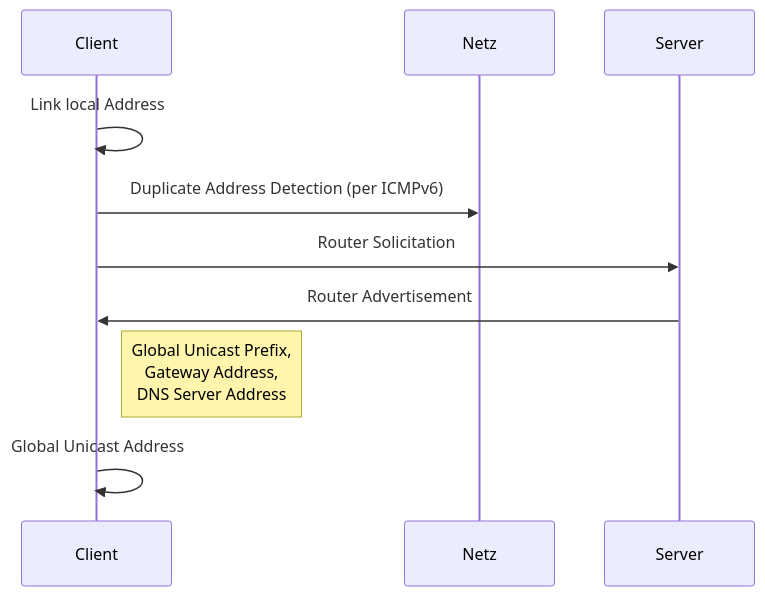
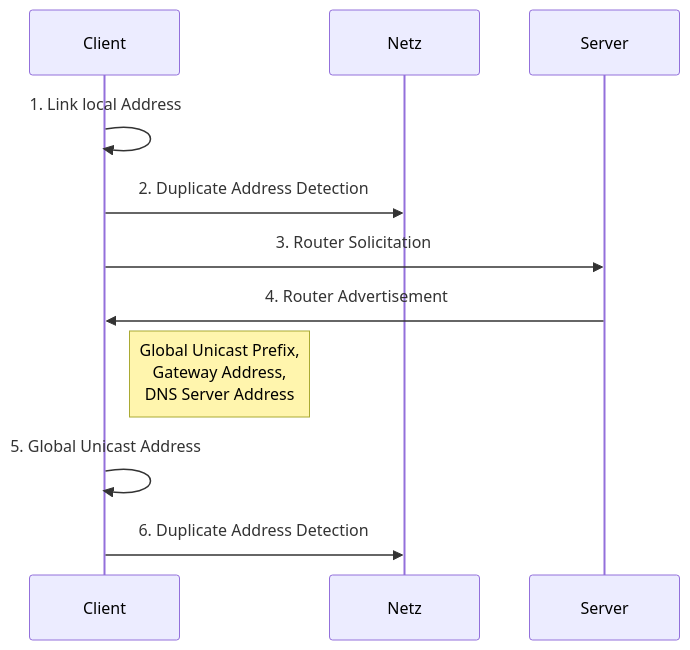
Before and after one commit to johannesloetzsch/LF10b: the second of 2 diagrams in src/dienste/dhcp.md, drawn with Mermaid. The commit also changed other lines of this file and 8 other files, not shown here.

````diff
--- a/src/dienste/dhcp.md
+++ b/src/dienste/dhcp.md
@@ -59,12 +155,13 @@
 ```mermaid
 sequenceDiagram
     participant Client
     participant Netz
     participant Server
-    Client->>Client: Link local Address
-    Client->>Netz: Duplicate Address Detection (per ICMPv6)
-    Client->>Server: Router Solicitation
-    Server->>Client: Router Advertisement
+    Client->>Client: 1. Link local Address
+    Client->>Netz: 2. Duplicate Address Detection
+    Client->>Server: 3. Router Solicitation
+    Server->>Client: 4. Router Advertisement
     Note right of Client: Global Unicast Prefix,<br/>Gateway Address,<br/>DNS Server Address
-    Client->>Client: Global Unicast Address
+    Client->>Client: 5. Global Unicast Address
+    Client->>Netz: 6. Duplicate Address Detection
 ```
````
